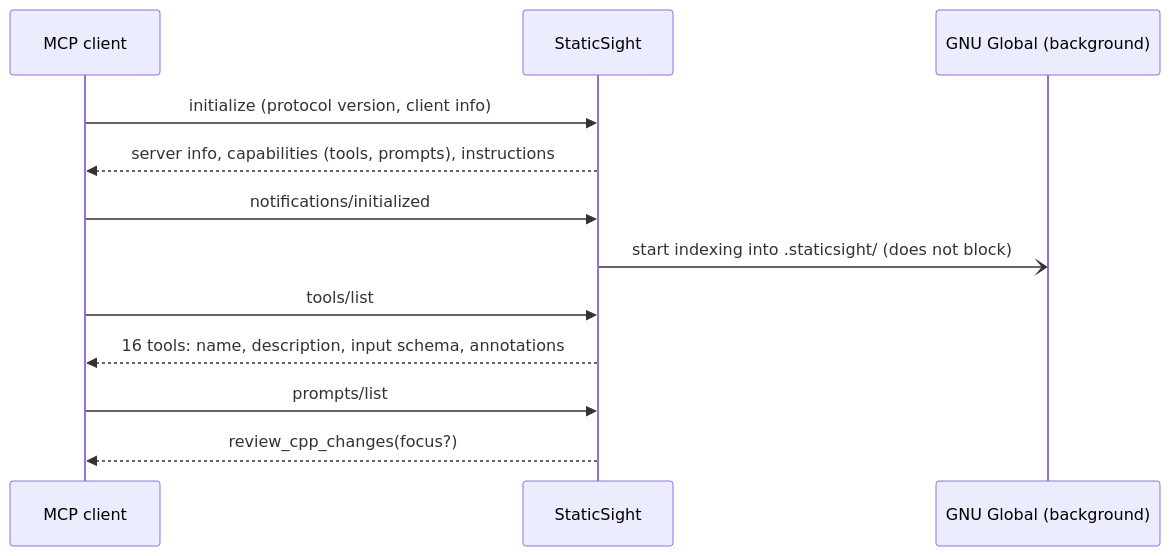
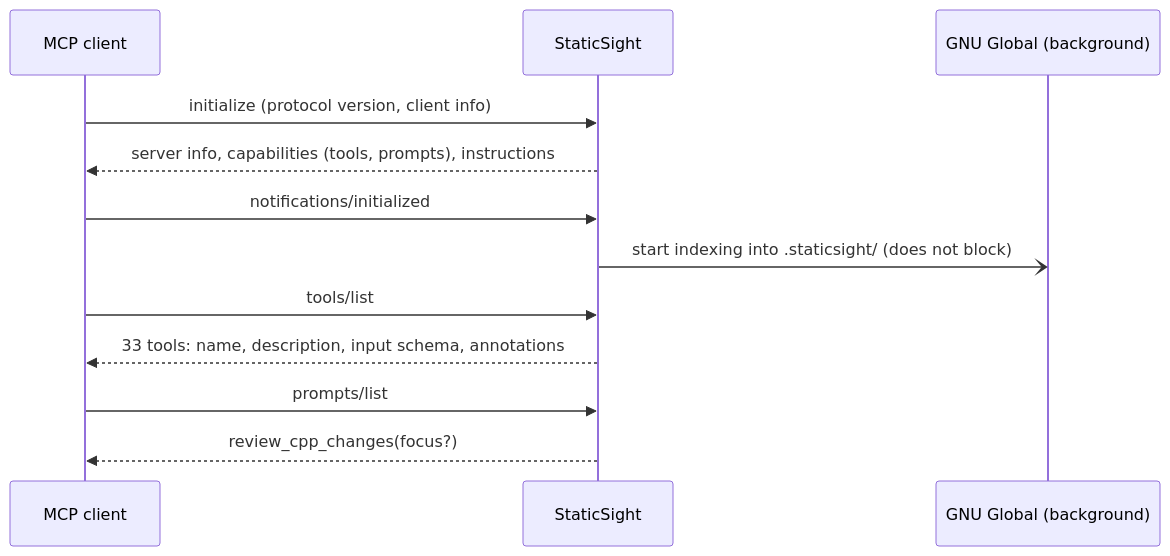
One commit to rashmirrout/StaticSight changed the second of 5 diagrams in docs/mcp-guide.md. Above: the diagram before and after it, drawn with Mermaid. The commit also changed other lines of this file and 174 other files, not shown here.

Commit message:
Expand code intelligence tools and improve cross-platform reliability 	- Add graph analysis, change planning, and finding verification tools       	- Add embedding model selection and improve Windows path and IPv6 handling 	- Expand documentation, fixtures, and Python/TypeScript parity coverage

````diff
--- a/docs/mcp-guide.md
+++ b/docs/mcp-guide.md
@@ -64,14 +64,14 @@
 ```mermaid
 sequenceDiagram
     participant C as MCP client
     participant S as StaticSight
     participant G as GNU Global (background)
     C->>S: initialize (protocol version, client info)
     S-->>C: server info, capabilities (tools, prompts), instructions
     C->>S: notifications/initialized
     S-)G: start indexing into .staticsight/ (does not block)
     C->>S: tools/list
-    S-->>C: 16 tools: name, description, input schema, annotations
+    S-->>C: 33 tools: name, description, input schema, annotations
     C->>S: prompts/list
     S-->>C: review_cpp_changes(focus?)
 ```
````
